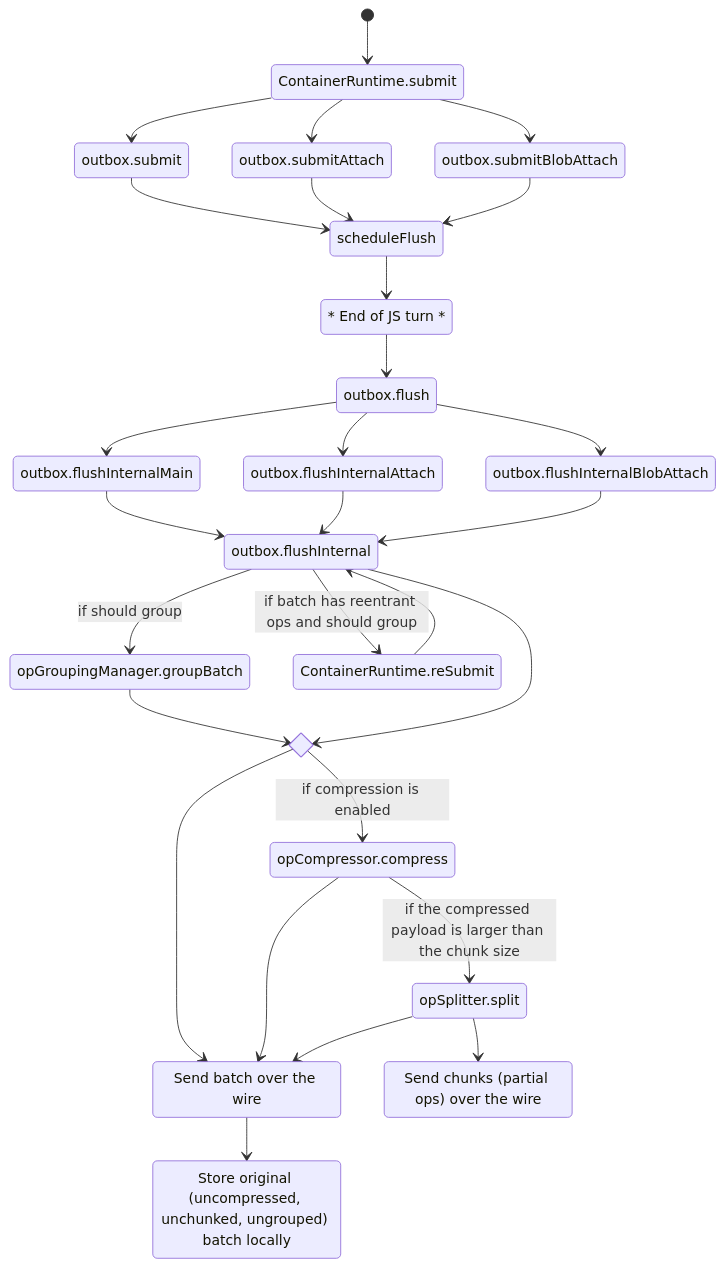
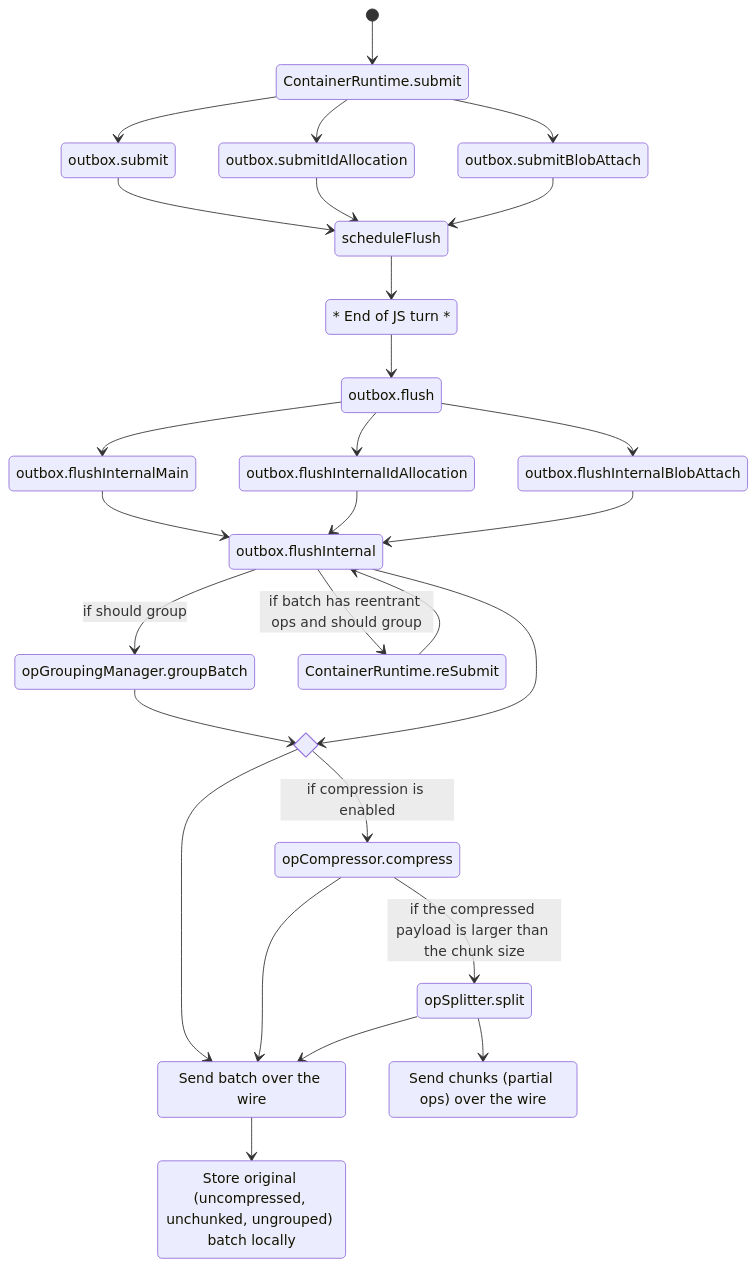
Before and after one commit to microsoft/FluidFramework: the first of 2 diagrams in packages/runtime/container-runtime/src/opLifecycle/README.md, drawn with Mermaid.

Commit message:
PR feedback - diagram

````diff
--- a/packages/runtime/container-runtime/src/opLifecycle/README.md
+++ b/packages/runtime/container-runtime/src/opLifecycle/README.md
@@ -330,39 +330,39 @@
 ```mermaid
 stateDiagram-v2
 	state "* End of JS turn *" as jsTurn
     state "opGroupingManager.groupBatch" as groupBatch
     state "opCompressor.compress" as compress
     state "outbox.flush" as flush
     state "outbox.flushInternal" as flushInternal
 	state "Send batch over the wire" as post
 	state "Send chunks (partial ops) over the wire" as postChunks
 	state "Store original (uncompressed, unchunked, ungrouped) batch locally" as store
     state if_compression <<choice>>
 	[*] --> ContainerRuntime.submit
-	ContainerRuntime.submit --> outbox.submitAttach
+	ContainerRuntime.submit --> outbox.submitIdAllocation
 	ContainerRuntime.submit --> outbox.submitBlobAttach
 	ContainerRuntime.submit --> outbox.submit
 	outbox.submit --> scheduleFlush
-	outbox.submitAttach --> scheduleFlush
+	outbox.submitIdAllocation --> scheduleFlush
 	outbox.submitBlobAttach --> scheduleFlush
 	scheduleFlush --> jsTurn
 	jsTurn --> flush
 	flush --> outbox.flushInternalMain
-	flush --> outbox.flushInternalAttach
+	flush --> outbox.flushInternalIdAllocation
 	flush --> outbox.flushInternalBlobAttach
 	outbox.flushInternalMain --> flushInternal
-	outbox.flushInternalAttach --> flushInternal
+	outbox.flushInternalIdAllocation --> flushInternal
 	outbox.flushInternalBlobAttach --> flushInternal
 	flushInternal --> ContainerRuntime.reSubmit: if batch has reentrant ops and should group
 	ContainerRuntime.reSubmit --> flushInternal
     flushInternal --> groupBatch: if should group
     groupBatch --> if_compression
 	flushInternal --> if_compression
     if_compression --> post
 	if_compression --> compress: if compression is enabled
 	compress --> post
 	compress --> opSplitter.split: if the compressed payload is larger than the chunk size
 	opSplitter.split --> post
 	opSplitter.split --> postChunks
     post --> store
 ```
````
